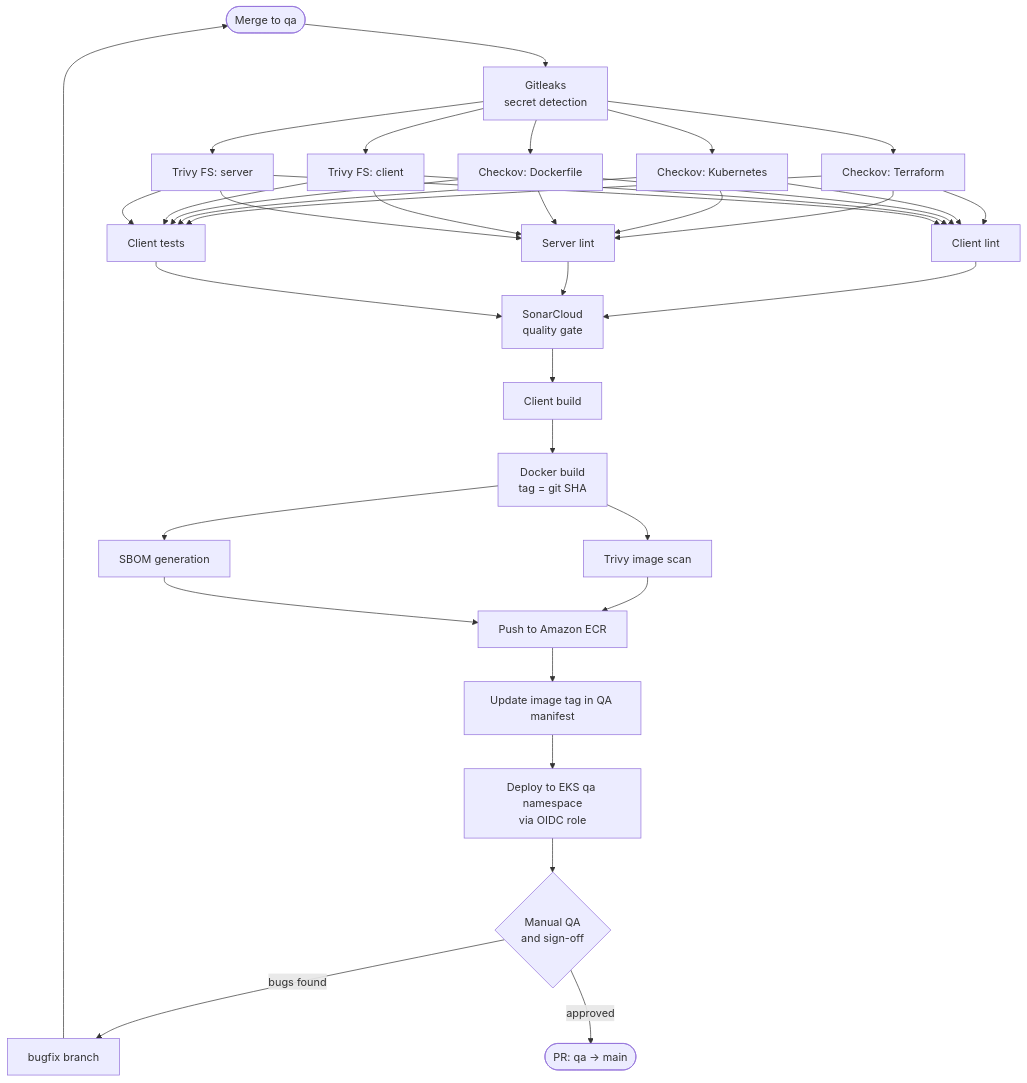
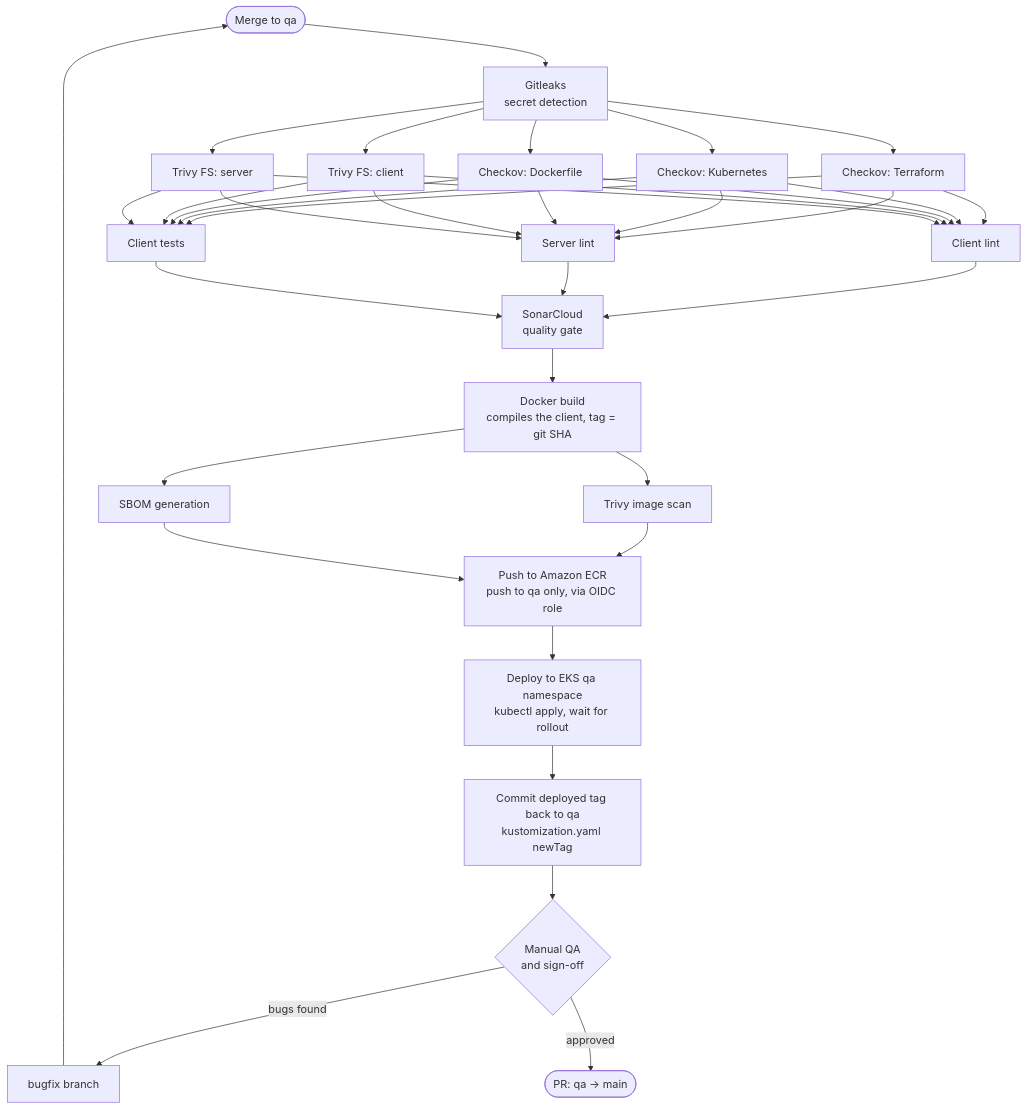
One commit to meetbrij/prod-grade-e2e-devsecops-pipeline changed the fifth of 8 diagrams in README.md. Above: the diagram before and after it, drawn with Mermaid. The commit also changed 2 other files, not shown here.

Commit message:
Add ECR push and EKS deploy jobs to QA pipeline

````diff
--- a/README.md
+++ b/README.md
@@ -211,23 +211,22 @@
 ```mermaid
 flowchart TD
     A([Merge to qa]) --> B[Gitleaks<br/>secret detection]
     B --> C1[Checkov: Terraform]
     B --> C2[Checkov: Kubernetes]
     B --> C3[Checkov: Dockerfile]
     B --> C4[Trivy FS: client]
     B --> C5[Trivy FS: server]
     C1 & C2 & C3 & C4 & C5 --> D1[Client lint]
     C1 & C2 & C3 & C4 & C5 --> D2[Server lint]
     C1 & C2 & C3 & C4 & C5 --> D3[Client tests]
     D1 & D2 & D3 --> E[SonarCloud<br/>quality gate]
-    E --> F[Client build]
-    F --> G[Docker build<br/>tag = git SHA]
+    E --> G[Docker build<br/>compiles the client, tag = git SHA]
     G --> H1[Trivy image scan]
     G --> H2[SBOM generation]
-    H1 & H2 --> I[Push to Amazon ECR]
-    I --> J[Update image tag in QA manifest]
-    J --> K[Deploy to EKS qa namespace<br/>via OIDC role]
-    K --> L{Manual QA<br/>and sign-off}
+    H1 & H2 --> I[Push to Amazon ECR<br/>push to qa only, via OIDC role]
+    I --> K[Deploy to EKS qa namespace<br/>kubectl apply, wait for rollout]
+    K --> J[Commit deployed tag back to qa<br/>kustomization.yaml newTag]
+    J --> L{Manual QA<br/>and sign-off}
     L -->|bugs found| M[bugfix branch] --> A
     L -->|approved| N([PR: qa → main])
 ```
````
